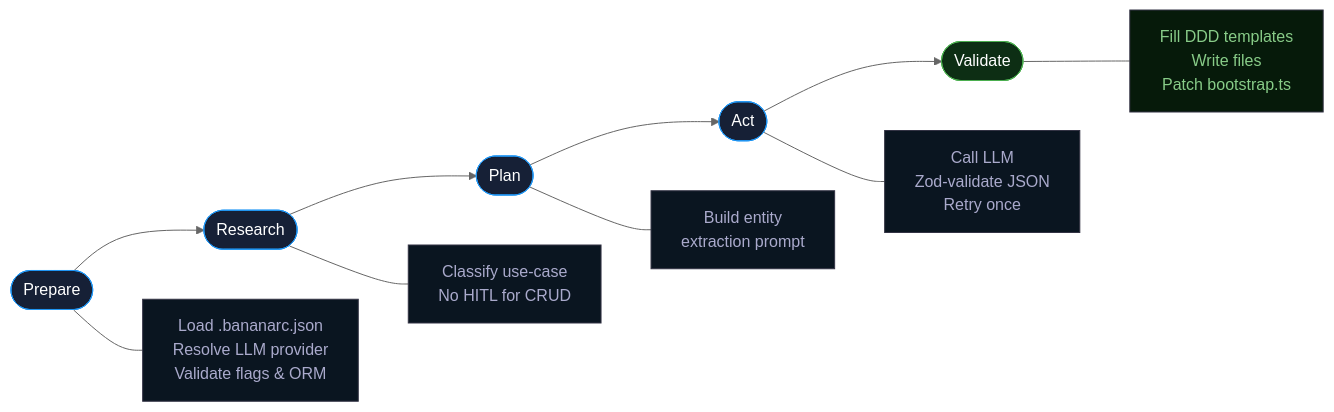
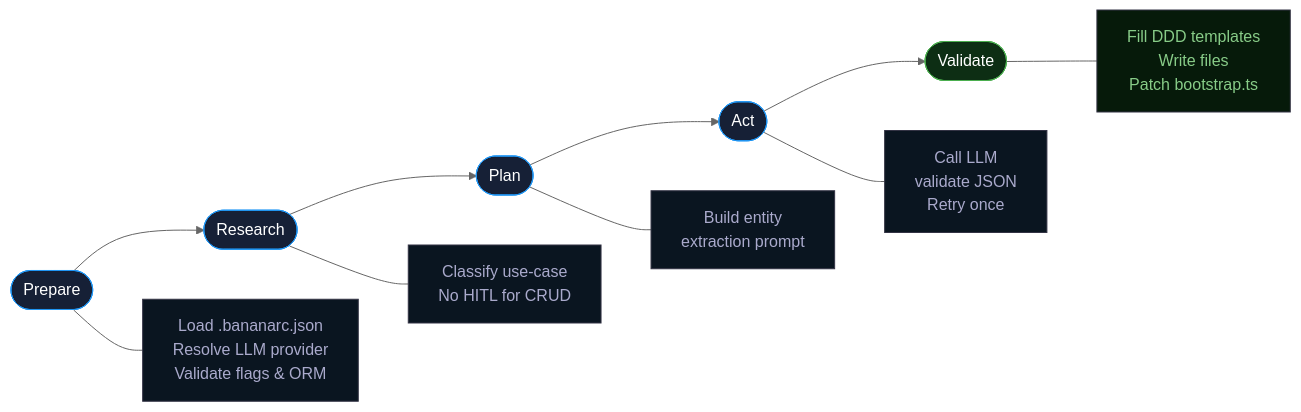
The second of 2 diagrams in docs-site/tooling/ai-module-generation.md (surya-manne/banana-universe), drawn with Mermaid (neutral theme) before and after one commit. The commit also changed other lines of this file and 54 other files, not shown here.

````diff
--- a/docs-site/tooling/ai-module-generation.md
+++ b/docs-site/tooling/ai-module-generation.md
@@ -145,27 +145,27 @@
 ```mermaid
 flowchart LR
     P(["Prepare"])
     R(["Research"])
     PL(["Plan"])
     A(["Act"])
     V(["Validate"])
 
     P --> R --> PL --> A --> V
 
     P --- p1["Load .bananarc.json\nResolve LLM provider\nValidate flags & ORM"]
     R --- r1["Classify use-case\nNo HITL for CRUD"]
     PL --- pl1["Build entity\nextraction prompt"]
-    A --- a1["Call LLM\nZod-validate JSON\nRetry once"]
+    A --- a1["Call LLM\nvalidate JSON\nRetry once"]
     V --- v1["Fill DDD templates\nWrite files\nPatch bootstrap.ts"]
 
     style P fill:#162036,stroke:#2196f3,color:#fff
     style R fill:#162036,stroke:#2196f3,color:#fff
     style PL fill:#162036,stroke:#2196f3,color:#fff
     style A fill:#162036,stroke:#2196f3,color:#fff
     style V fill:#0d2e14,stroke:#4caf50,color:#fff
     style p1 fill:#0a1520,stroke:#334,color:#aac
     style r1 fill:#0a1520,stroke:#334,color:#aac
     style pl1 fill:#0a1520,stroke:#334,color:#aac
     style a1 fill:#0a1520,stroke:#334,color:#aac
     style v1 fill:#061a0a,stroke:#334,color:#8c8
 ```
````
